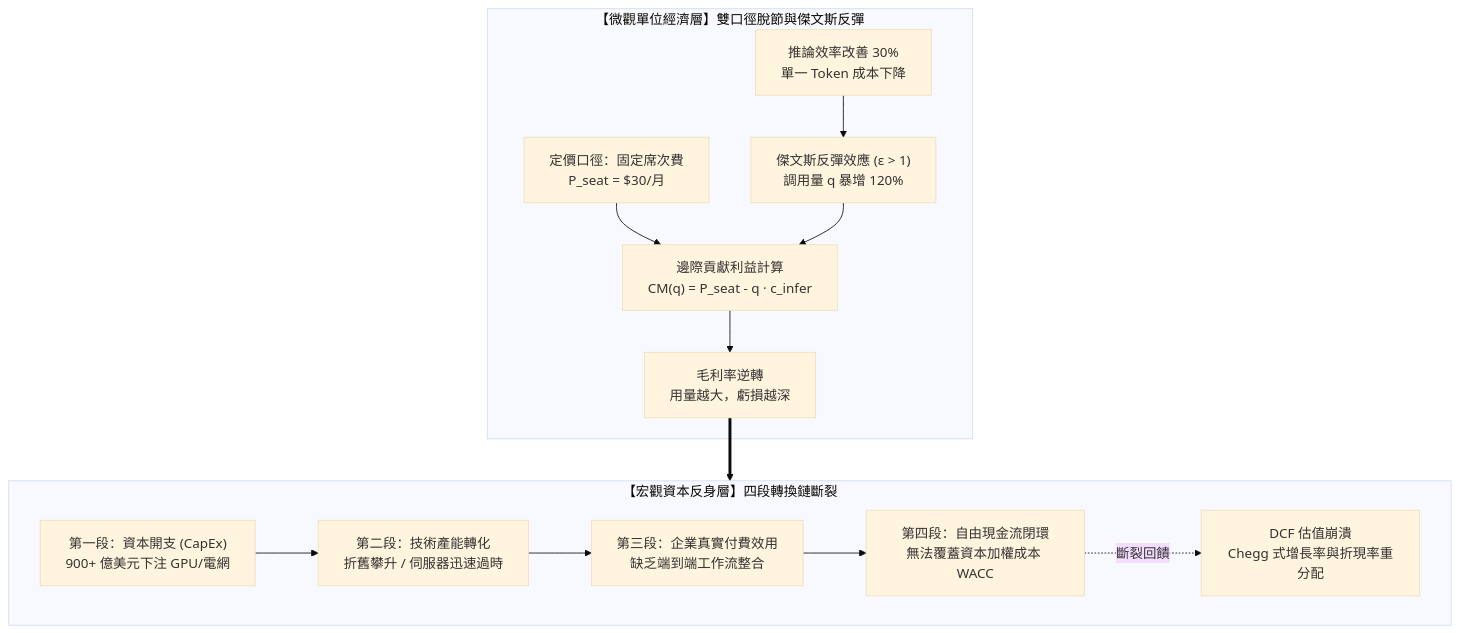
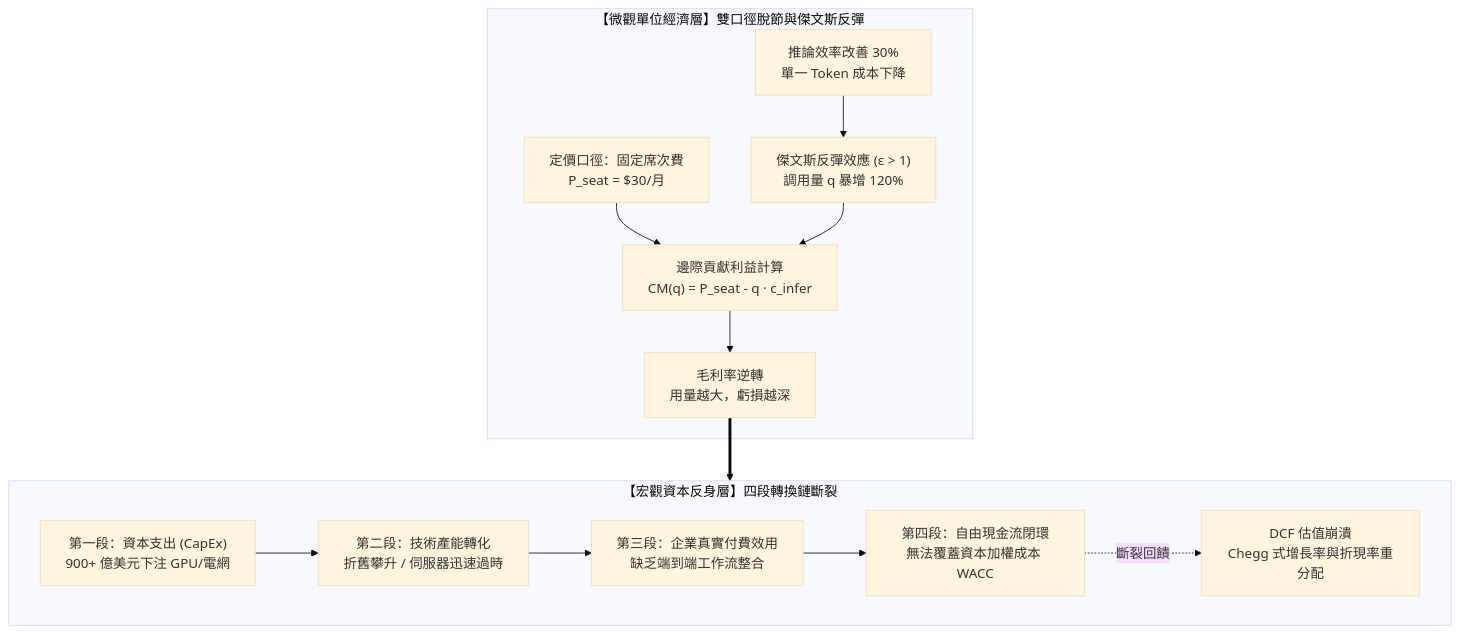
The diagram in content/posts/gen-recrystal-2026-09-13-c-05--unit-economic-divergence-and-capital-reflexivity/index.md (tacticaldoll/tacticaldoll.github.io), drawn with Mermaid (base theme) before and after one commit. The commit also changed other lines of this file and 18 other files, not shown here.

````diff
--- a/content/posts/gen-recrystal-2026-09-13-c-05--unit-economic-divergence-and-capital-reflexivity/index.md
+++ b/content/posts/gen-recrystal-2026-09-13-c-05--unit-economic-divergence-and-capital-reflexivity/index.md
@@ -72,18 +72,18 @@
 ```mermaid
 flowchart TD
     subgraph Micro["【微觀單位經濟層】雙口徑脫節與傑文斯反彈"]
         P1["定價口徑：固定席次費<br/>P_seat = $30/月"] --> CM["邊際貢獻利益計算<br/>CM(q) = P_seat - q · c_infer"]
         J1["推論效率改善 30%<br/>單一 Token 成本下降"] --> J2["傑文斯反彈效應 (ε > 1)<br/>調用量 q 暴增 120%"]
         J2 --> CM
         CM --> NEG["毛利率逆轉<br/>用量越大，虧損越深"]
     end
 
     subgraph Macro["【宏觀資本反身層】四段轉換鏈斷裂"]
-        R1["第一段：資本開支 (CapEx)<br/>900+ 億美元下注 GPU/電網"] --> R2["第二段：技術產能轉化<br/>折舊攀升 / 伺服器迅速過時"]
+        R1["第一段：資本支出 (CapEx)<br/>900+ 億美元下注 GPU/電網"] --> R2["第二段：技術產能轉化<br/>折舊攀升 / 伺服器迅速過時"]
         R2 --> R3["第三段：企業真實付費效用<br/>缺乏端到端工作流整合"]
         R3 --> R4["第四段：自由現金流閉環<br/>無法覆蓋資本加權成本 WACC"]
         R4 -.->|"斷裂回饋"| DCF["DCF 估值崩潰<br/>Chegg 式增長率與折現率重分配"]
     end
 
     NEG ==> Macro
 ```
````
